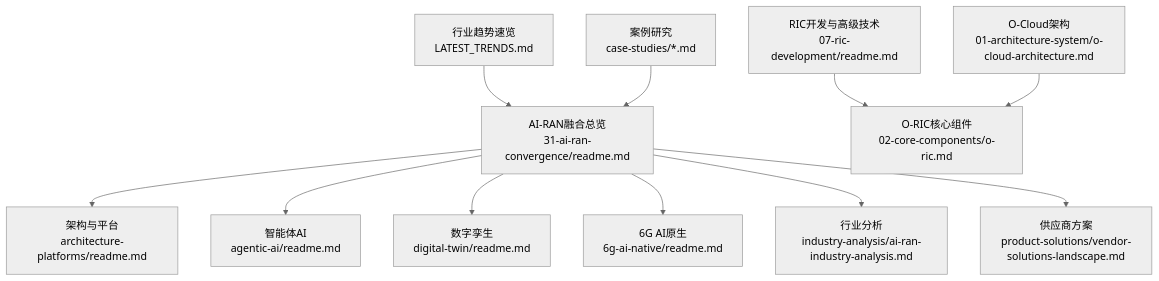
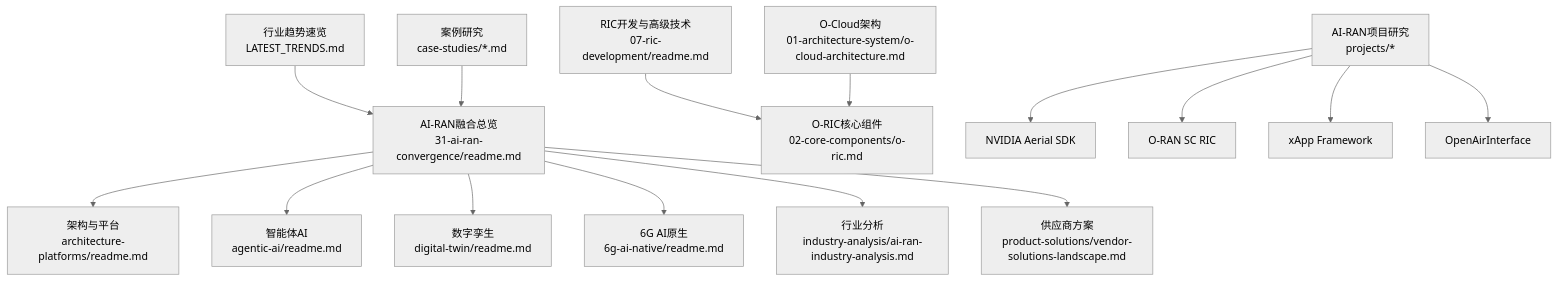
One commit to allengaller/oran-database changed the first of 8 diagrams in .qoder/repowiki/zh/content/未来发展/AI-RAN融合.md. Above: the diagram before and after it, drawn with Mermaid (neutral theme). The commit also changed other lines of this file and 8 other files, not shown here.

````diff
--- a/.qoder/repowiki/zh/content/未来发展/AI-RAN融合.md
+++ b/.qoder/repowiki/zh/content/未来发展/AI-RAN融合.md
@@ -60,13 +67,17 @@
 ```mermaid
 graph TB
 A["AI-RAN融合总览<br/>31-ai-ran-convergence/readme.md"] --> B["架构与平台<br/>architecture-platforms/readme.md"]
 A --> C["智能体AI<br/>agentic-ai/readme.md"]
 A --> D["数字孪生<br/>digital-twin/readme.md"]
 A --> E["6G AI原生<br/>6g-ai-native/readme.md"]
 A --> F["行业分析<br/>industry-analysis/ai-ran-industry-analysis.md"]
 A --> G["供应商方案<br/>product-solutions/vendor-solutions-landscape.md"]
 H["RIC开发与高级技术<br/>07-ric-development/readme.md"] --> I["O-RIC核心组件<br/>02-core-components/o-ric.md"]
 J["O-Cloud架构<br/>01-architecture-system/o-cloud-architecture.md"] --> I
 K["行业趋势速览<br/>LATEST_TRENDS.md"] --> A
 L["案例研究<br/>case-studies/*.md"] --> A
+M["AI-RAN项目研究<br/>projects/*"] --> N["NVIDIA Aerial SDK"]
+M --> O["O-RAN SC RIC"]
+M --> P["xApp Framework"]
+M --> Q["OpenAirInterface"]
 ```
````
